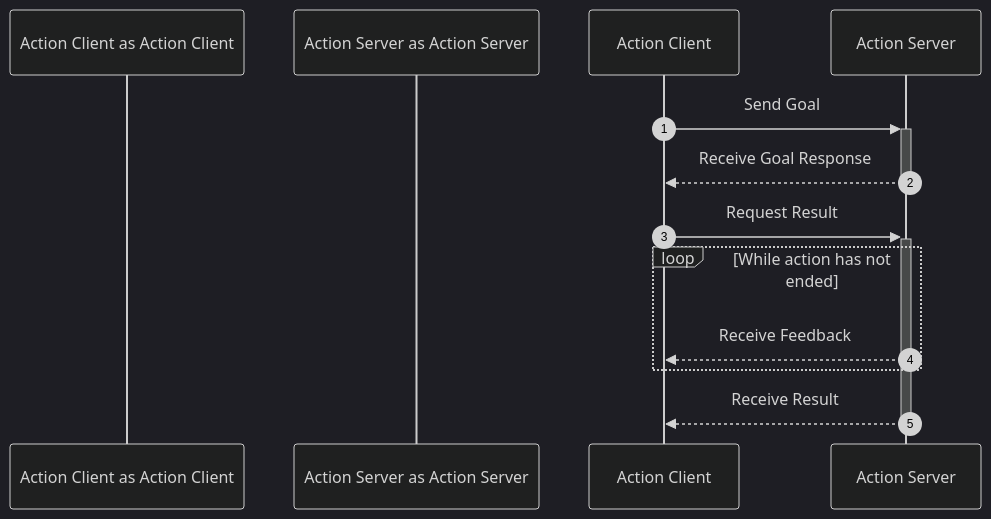
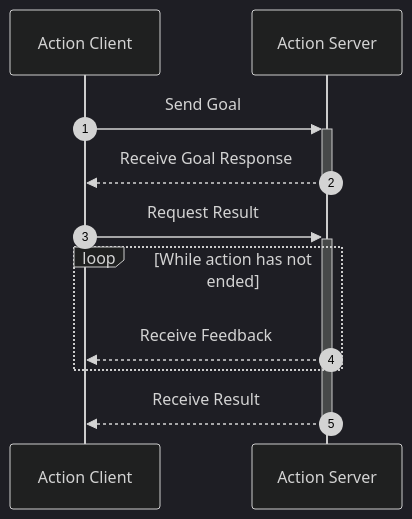
One commit to mmmarinho/ROS2_Tutorial changed the diagram in docs/source/action_clients.rst. Above: the diagram before and after it, drawn with Mermaid. The commit also changed 1 other file, not shown here.

Commit message:
Use space-free participant IDs in action sequence diagrams

```diff
--- a/docs/source/action_clients.rst
+++ b/docs/source/action_clients.rst
@@ -27,14 +27,14 @@
 .. mermaid::
 
     %%{init: { "theme" : "dark" }}%%
     sequenceDiagram
-      participant Action Client as Action Client
-      participant Action Server as Action Server
+      participant ActionClientP as Action Client
+      participant ActionServerP as Action Server
       autonumber
-      Action Client ->>+ Action Server: Send Goal
-      Action Server -->>- Action Client: Receive Goal Response
-      Action Client ->>+ Action Server: Request Result
+      ActionClientP ->>+ ActionServerP: Send Goal
+      ActionServerP -->>- ActionClientP: Receive Goal Response
+      ActionClientP ->>+ ActionServerP: Request Result
       loop While action has not ended
-        Action Server -->> Action Client: Receive Feedback
+        ActionServerP -->> ActionClientP: Receive Feedback
       end
-      Action Server -->>- Action Client: Receive Result
+      ActionServerP -->>- ActionClientP: Receive Result
```
